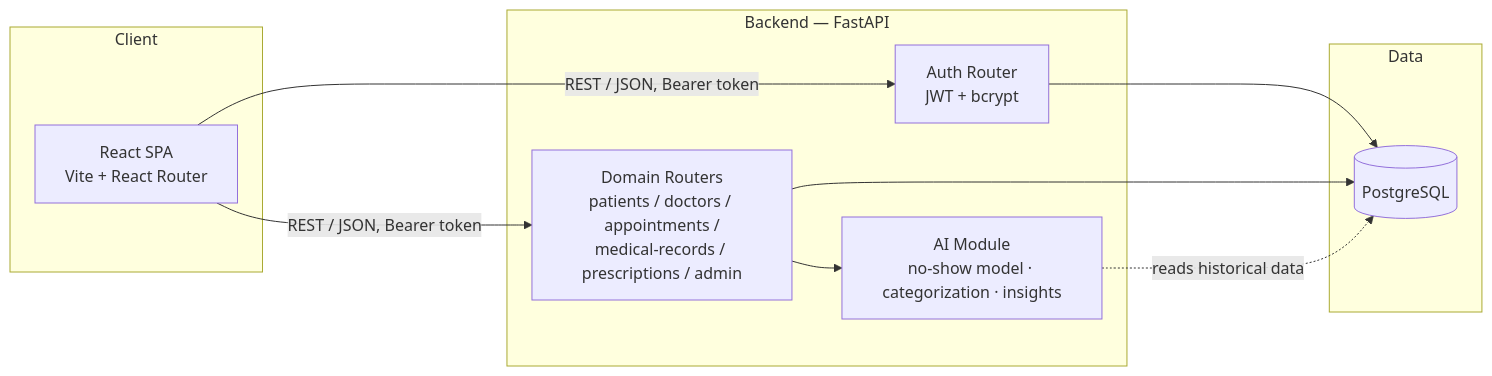
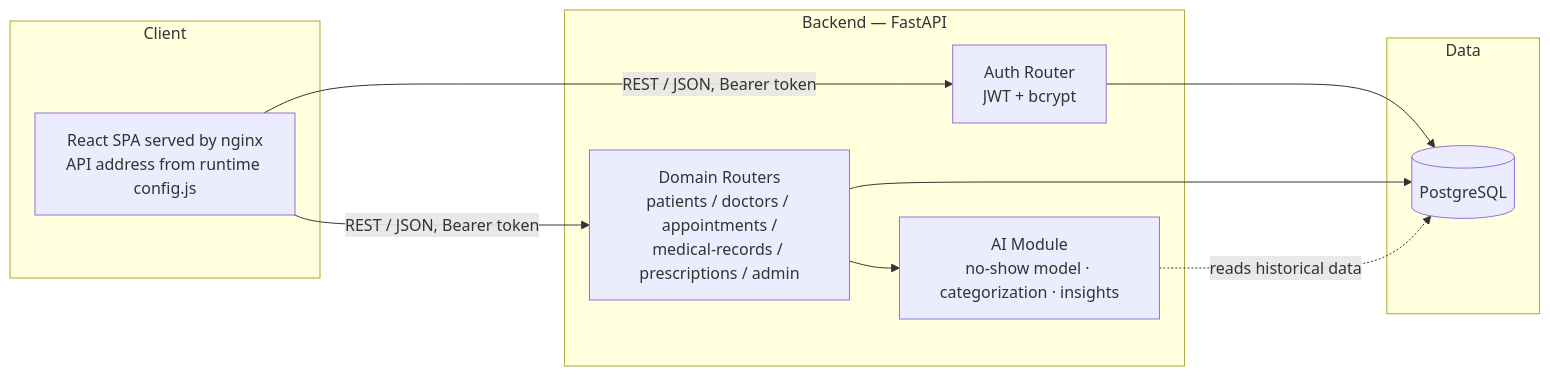
The first of 3 diagrams in docs/architecture.md (Teju0427/CareSync), drawn with Mermaid before and after one commit. The commit also changed other lines of this file and 68 other files, not shown here.

````diff
--- a/docs/architecture.md
+++ b/docs/architecture.md
@@ -5,23 +5,23 @@
 ```mermaid
 flowchart LR
     subgraph Client
-        A[React SPA<br/>Vite + React Router]
+        A[React SPA served by nginx<br/>API address from runtime config.js]
     end
 
     subgraph API["Backend — FastAPI"]
         B[Auth Router<br/>JWT + bcrypt]
         C[Domain Routers<br/>patients / doctors / appointments /<br/>medical-records / prescriptions / admin]
         D[AI Module<br/>no-show model · categorization · insights]
     end
 
     subgraph Data
         E[(PostgreSQL)]
     end
 
     A -- REST / JSON, Bearer token --> B
     A -- REST / JSON, Bearer token --> C
     C --> D
     B --> E
     C --> E
     D -. reads historical data .-> E
 ```
````
